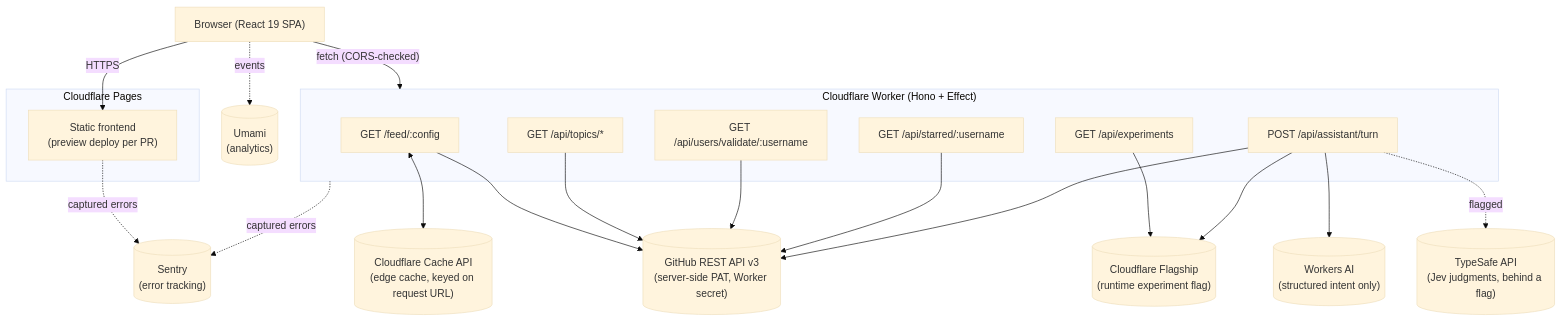
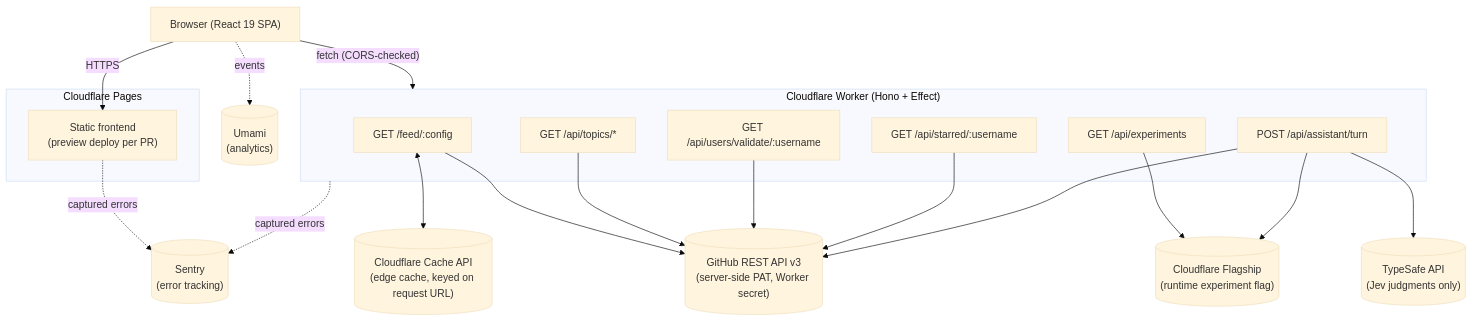
Before and after one commit to schalkneethling/ossreleasefeed-v2: the first of 5 diagrams in docs/ARCHITECTURE.md, drawn with Mermaid (base theme). The commit also changed other lines of this file and 15 other files, not shown here.

First line of the commit message:
feat(assistant): make Jev the only interpreter and remove Llama

````diff
--- a/docs/ARCHITECTURE.md
+++ b/docs/ARCHITECTURE.md
@@ -8,43 +8,41 @@
 ```mermaid
 flowchart TD
     Browser["Browser (React 19 SPA)"]
 
     subgraph Pages["Cloudflare Pages"]
         SPA["Static frontend\n(preview deploy per PR)"]
     end
 
     subgraph Worker["Cloudflare Worker (Hono + Effect)"]
         Feed["GET /feed/:config"]
         Topics["GET /api/topics/*"]
         Users["GET /api/users/validate/:username"]
         Starred["GET /api/starred/:username"]
         Experiments["GET /api/experiments"]
         Assistant["POST /api/assistant/turn"]
     end
 
     Cache[("Cloudflare Cache API\n(edge cache, keyed on request URL)")]
     GitHub[("GitHub REST API v3\n(server-side PAT, Worker secret)")]
     Sentry[("Sentry\n(error tracking)")]
     Umami[("Umami\n(analytics)")]
     Flagship[("Cloudflare Flagship\n(runtime experiment flag)")]
-    WorkersAI[("Workers AI\n(structured intent only)")]
-    TypeSafe[("TypeSafe API\n(Jev judgments, behind a flag)")]
+    TypeSafe[("TypeSafe API\n(Jev judgments only)")]
 
     Browser -- HTTPS --> SPA
     Browser -- "fetch (CORS-checked)" --> Worker
     Browser -. events .-> Umami
 
     Feed <--> Cache
     Feed --> GitHub
     Topics --> GitHub
     Users --> GitHub
     Starred --> GitHub
     Experiments --> Flagship
     Assistant --> Flagship
-    Assistant --> WorkersAI
-    Assistant -. flagged .-> TypeSafe
+    Assistant --> TypeSafe
     Assistant --> GitHub
 
     Worker -. captured errors .-> Sentry
     SPA -. captured errors .-> Sentry
 ```
````
